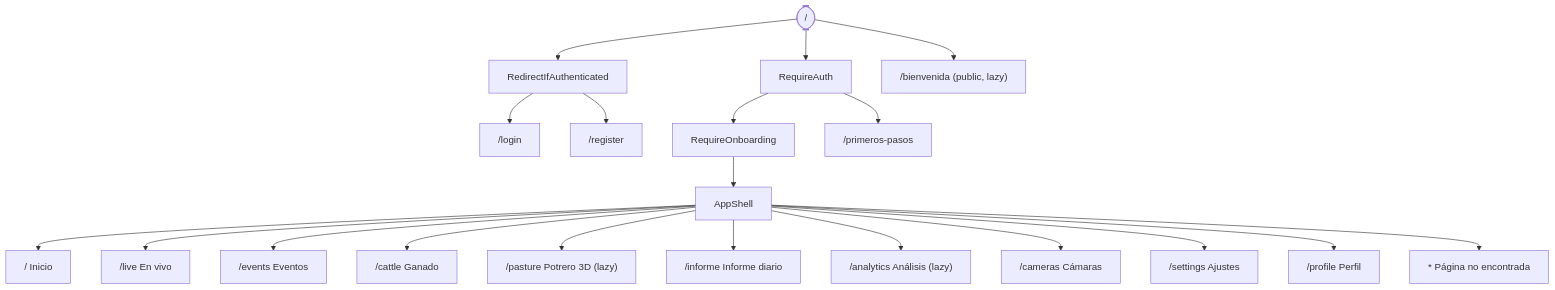
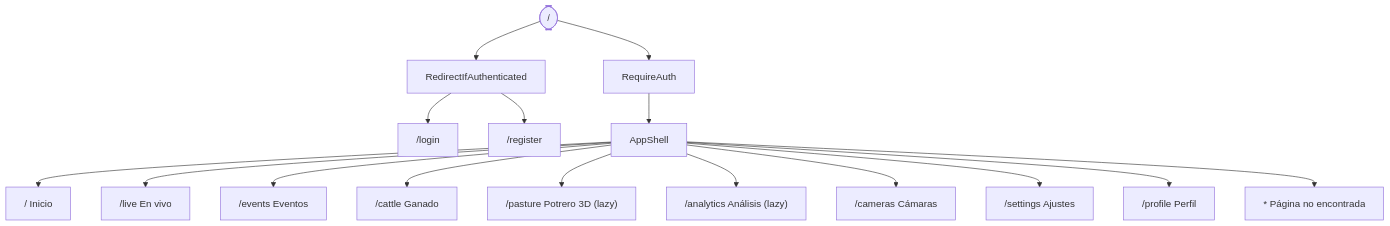
The fifth of 8 diagrams in README.md (GUERRREROALEXANDER/fronted-SmartCattle), drawn with Mermaid before and after one commit. The commit also changed other lines of this file and 100 other files, not shown here.

````diff
--- a/README.md
+++ b/README.md
@@ -456,22 +452,18 @@
 ```mermaid
 flowchart TB
     root(["/"]) --> pub["RedirectIfAuthenticated"]
     root --> priv["RequireAuth"]
-    root --> land["/bienvenida (public, lazy)"]
     pub --> login["/login"]
     pub --> register["/register"]
-    priv --> first["RequireOnboarding"]
-    priv --> onb["/primeros-pasos"]
-    first --> shell["AppShell"]
+    priv --> shell["AppShell"]
     shell --> d["/ Inicio"]
     shell --> m["/live En vivo"]
     shell --> e["/events Eventos"]
     shell --> c["/cattle Ganado"]
     shell --> pa["/pasture Potrero 3D (lazy)"]
-    shell --> inf["/informe Informe diario"]
     shell --> an["/analytics Análisis (lazy)"]
     shell --> cam["/cameras Cámaras"]
     shell --> s["/settings Ajustes"]
     shell --> p["/profile Perfil"]
     shell --> nf["* Página no encontrada"]
 ```
````
